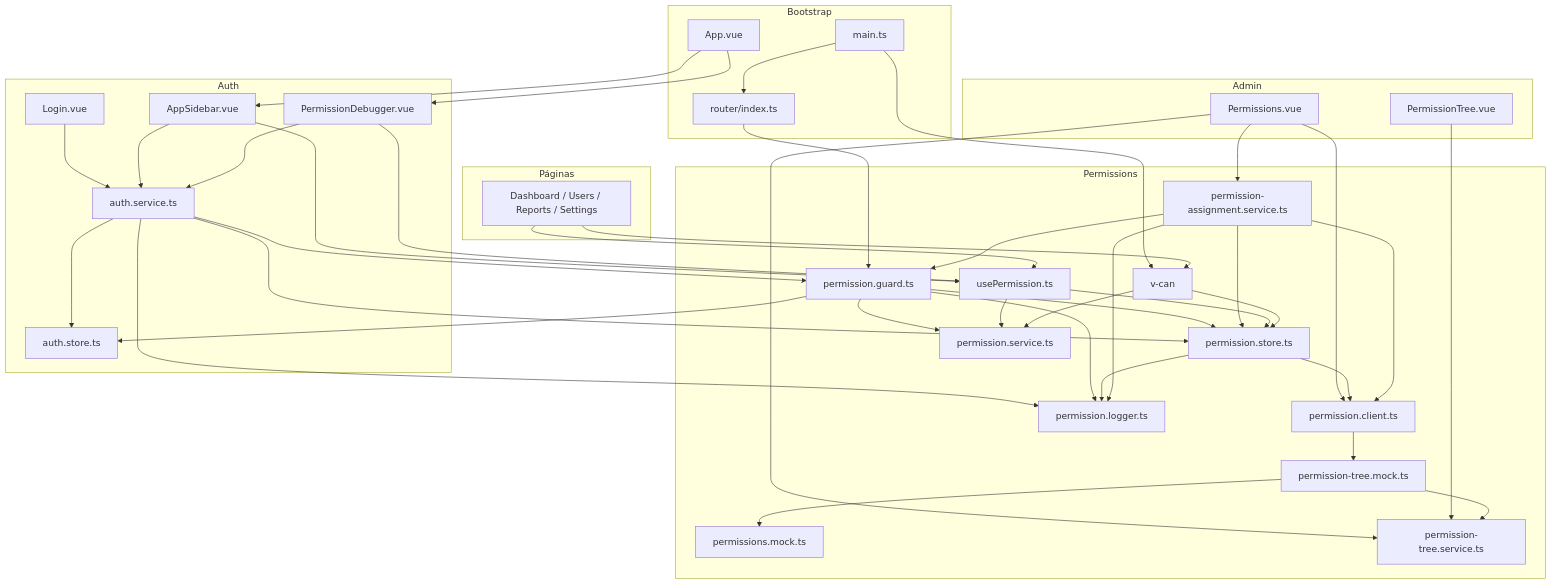
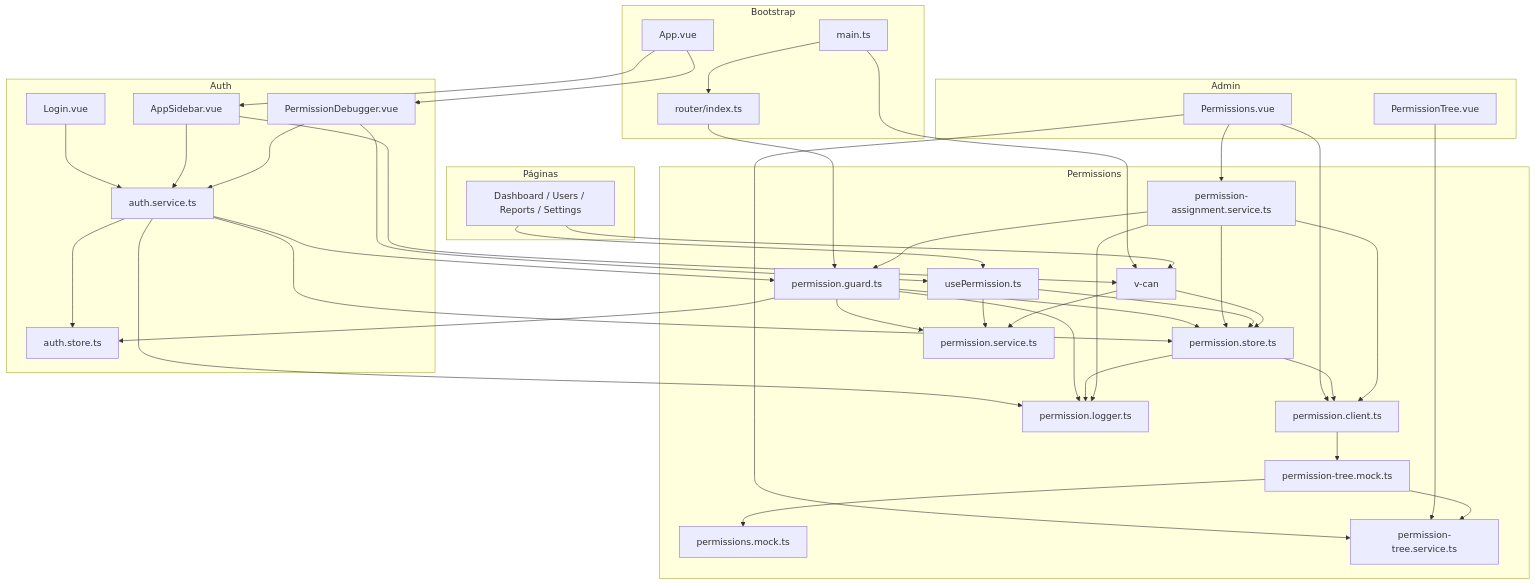
Before and after one commit to danieloliveira-ip4y/permission-based-access-control-poc: the first of 2 diagrams in docs/ARQUITETURA.md, drawn with Mermaid. The commit also changed other lines of this file and 3 other files, not shown here.

```diff
--- a/docs/ARQUITETURA.md
+++ b/docs/ARQUITETURA.md
@@ -139,7 +139,7 @@
 
   LoginPage --> AuthService
   Sidebar --> AuthService
-  Sidebar --> Hook
+  Sidebar --> Directive
   Debugger --> AuthService
   Debugger --> Hook
   Pages --> Directive
```
